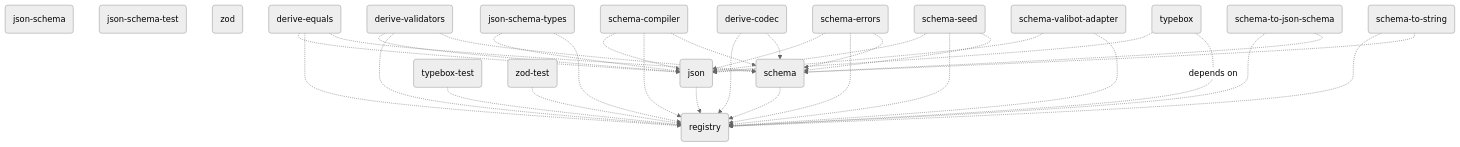
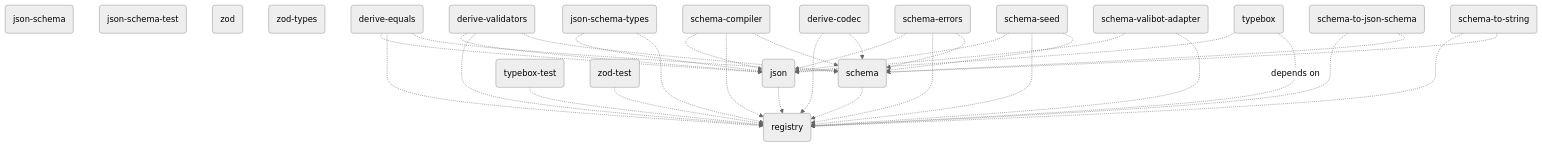
The diagram in README.md (traversable/schema), drawn with Mermaid (neutral theme) before and after one commit. The commit also changed 36 other files, not shown here.

Commit message:
init(zod-types): breaks utilities, types & zx.Functor out into separate package

````diff
--- a/README.md
+++ b/README.md
@@ -497,38 +497,39 @@
 ```mermaid
 flowchart TD
     json-schema(json-schema)
     json-schema-test(json-schema-test)
     registry(registry)
     zod(zod)
+    zod-types(zod-types)
     json(json) -.-> registry(registry)
     schema(schema) -.-> registry(registry)
     typebox-test(typebox-test) -.-> registry(registry)
     zod-test(zod-test) -.-> registry(registry)
     derive-codec(derive-codec) -.-> registry(registry)
     derive-codec(derive-codec) -.-> schema(schema)
     derive-equals(derive-equals) -.-> json(json)
     derive-equals(derive-equals) -.-> registry(registry)
     derive-equals(derive-equals) -.-> schema(schema)
     derive-validators(derive-validators) -.-> json(json)
     derive-validators(derive-validators) -.-> registry(registry)
     derive-validators(derive-validators) -.-> schema(schema)
     json-schema-types(json-schema-types) -.-> json(json)
     json-schema-types(json-schema-types) -.-> registry(registry)
     schema-compiler(schema-compiler) -.-> json(json)
     schema-compiler(schema-compiler) -.-> registry(registry)
     schema-compiler(schema-compiler) -.-> schema(schema)
     schema-errors(schema-errors) -.-> json(json)
     schema-errors(schema-errors) -.-> registry(registry)
     schema-errors(schema-errors) -.-> schema(schema)
     schema-seed(schema-seed) -.-> json(json)
     schema-seed(schema-seed) -.-> registry(registry)
     schema-seed(schema-seed) -.-> schema(schema)
     schema-to-json-schema(schema-to-json-schema) -.-> registry(registry)
     schema-to-json-schema(schema-to-json-schema) -.-> schema(schema)
     schema-to-string(schema-to-string) -.-> registry(registry)
     schema-to-string(schema-to-string) -.-> schema(schema)
     schema-valibot-adapter(schema-valibot-adapter) -.-> json(json)
     schema-valibot-adapter(schema-valibot-adapter) -.-> registry(registry)
     typebox(typebox) -.-> json(json)
     typebox(typebox) -.depends on.-> registry(registry)
 ```
````
